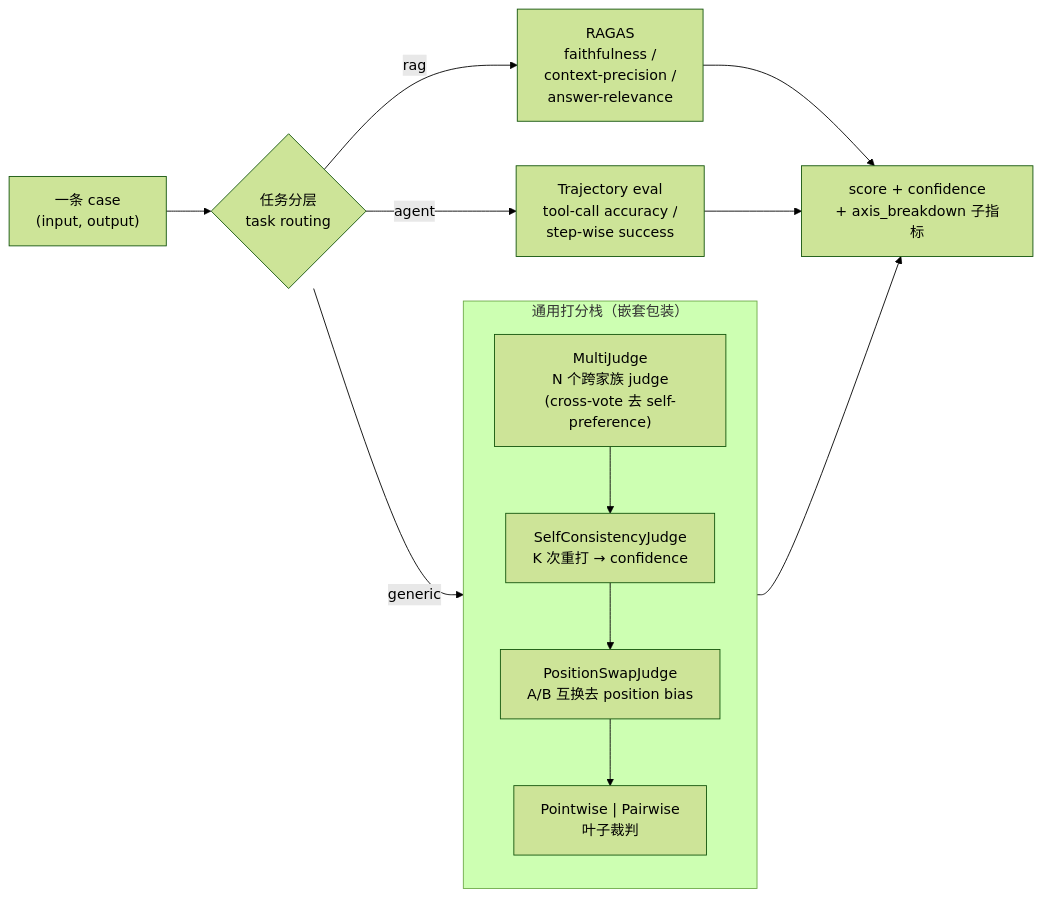
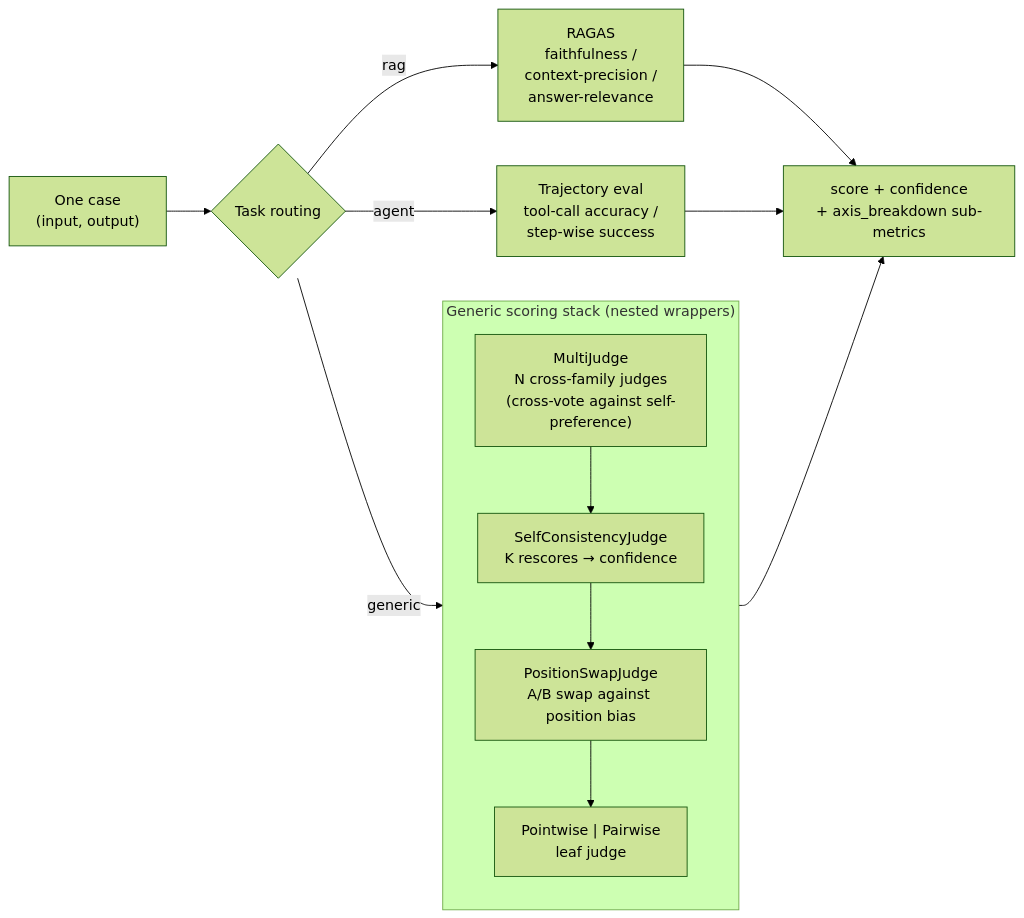
Before and after one commit to AndyUneducated/eval-gate: the fifth of 7 diagrams in README.md, drawn with Mermaid (forest theme). The commit also changed other lines of this file and 22 other files, not shown here.

````diff
--- a/README.md
+++ b/README.md
@@ -212,20 +212,20 @@
 ```mermaid
 flowchart LR
-    CASE["一条 case<br/>(input, output)"] --> ROUTER{"任务分层<br/>task routing"}
+    CASE["One case<br/>(input, output)"] --> ROUTER{"Task routing"}
     ROUTER -->|"rag"| RAGAS["RAGAS<br/>faithfulness /<br/>context-precision /<br/>answer-relevance"]
     ROUTER -->|"agent"| TRAJ["Trajectory eval<br/>tool-call accuracy /<br/>step-wise success"]
     ROUTER -->|"generic"| STACK
 
-    subgraph STACK["通用打分栈（嵌套包装）"]
+    subgraph STACK["Generic scoring stack (nested wrappers)"]
         direction TB
-        MJ["MultiJudge<br/>N 个跨家族 judge<br/>(cross-vote 去 self-preference)"]
-        SC["SelfConsistencyJudge<br/>K 次重打 → confidence"]
-        PS["PositionSwapJudge<br/>A/B 互换去 position bias"]
-        LEAF["Pointwise | Pairwise<br/>叶子裁判"]
+        MJ["MultiJudge<br/>N cross-family judges<br/>(cross-vote against self-preference)"]
+        SC["SelfConsistencyJudge<br/>K rescores → confidence"]
+        PS["PositionSwapJudge<br/>A/B swap against position bias"]
+        LEAF["Pointwise | Pairwise<br/>leaf judge"]
         MJ --> SC --> PS --> LEAF
     end
 
-    RAGAS --> OUT["score + confidence<br/>+ axis_breakdown 子指标"]
+    RAGAS --> OUT["score + confidence<br/>+ axis_breakdown sub-metrics"]
     TRAJ --> OUT
     STACK --> OUT
 ```
````
